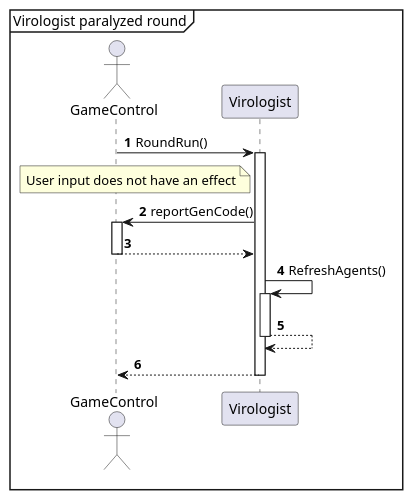
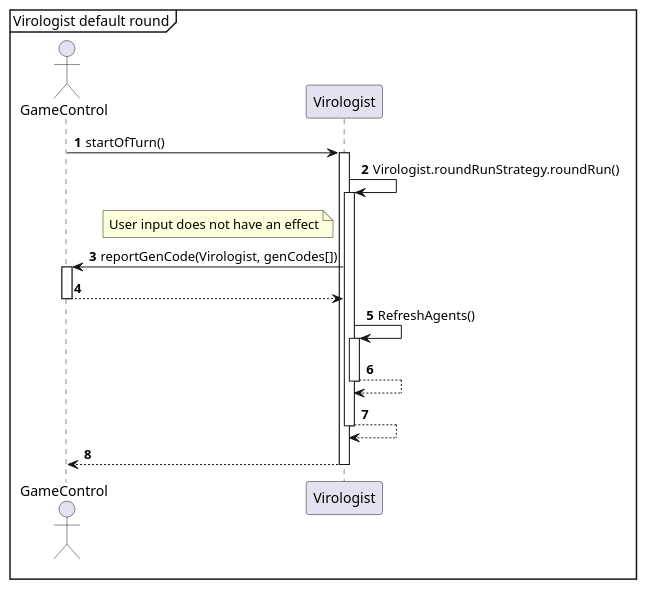
Before and after one commit to Projlab-csb/projlab-virologus: the diagram in sequence-diagram/RoundFlow/RoundFlowParalyzed.puml, drawn with PlantUML. The commit also changed 5 other files, not shown here.

```diff
--- a/sequence-diagram/RoundFlow/RoundFlowParalyzed.puml
+++ b/sequence-diagram/RoundFlow/RoundFlowParalyzed.puml
@@ -1,31 +1,28 @@
 @startuml
 'https://plantuml.com/sequence-diagram
 
 autonumber
 
-mainframe Virologist paralyzed round
+mainframe Virologist default round
 
 actor GameControl
-GameControl -> Virologist: RoundRun()
+GameControl -> Virologist++: startOfTurn()
+Virologist -> Virologist++: Virologist.roundRunStrategy.roundRun()
+
 note left of Virologist
 User input does not have an effect
 end note
-Activate Virologist
-Virologist->GameControl:reportGenCode()
+Virologist->GameControl:reportGenCode(Virologist, genCodes[])
 Activate GameControl
 
 
 GameControl-->Virologist
 deactivate GameControl
 
-
-Virologist->Virologist: RefreshAgents()
-Activate Virologist
-Virologist-->Virologist
-deactivate Virologist
+Virologist->Virologist++: RefreshAgents()
+Virologist-->Virologist--
+Virologist-->Virologist--
+Virologist-->GameControl--
 
 
-Virologist-->GameControl
-Deactivate Virologist
-
 @enduml
```
